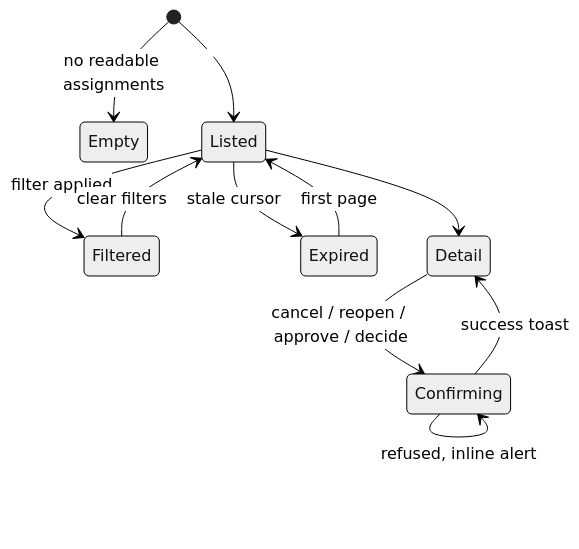
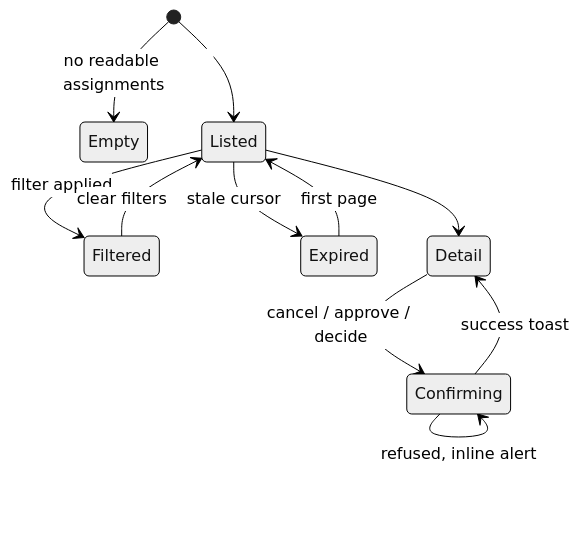
Before and after one commit to maister-dev/maister: the second of 2 diagrams in docs/screens/specialist-assignments.md, drawn with Mermaid (neutral theme). The commit also changed other lines of this file and 38 other files, not shown here.

````diff
--- a/docs/screens/specialist-assignments.md
+++ b/docs/screens/specialist-assignments.md
@@ -89,13 +89,13 @@
 ```mermaid
 stateDiagram-v2
     [*] --> Empty: no readable assignments
     [*] --> Listed
     Listed --> Filtered: filter applied
     Filtered --> Listed: clear filters
     Listed --> Expired: stale cursor
     Expired --> Listed: first page
     Listed --> Detail
-    Detail --> Confirming: cancel / reopen / approve / decide
+    Detail --> Confirming: cancel / approve / decide
     Confirming --> Detail: success toast
     Confirming --> Confirming: refused, inline alert
 ```
````
